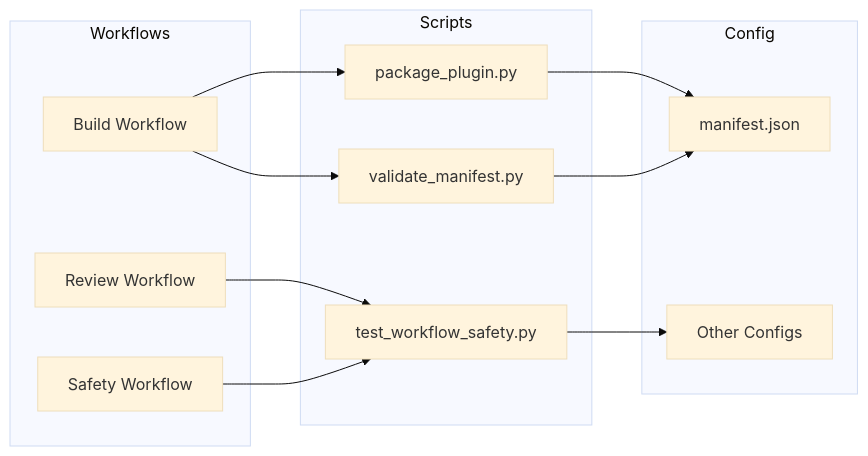
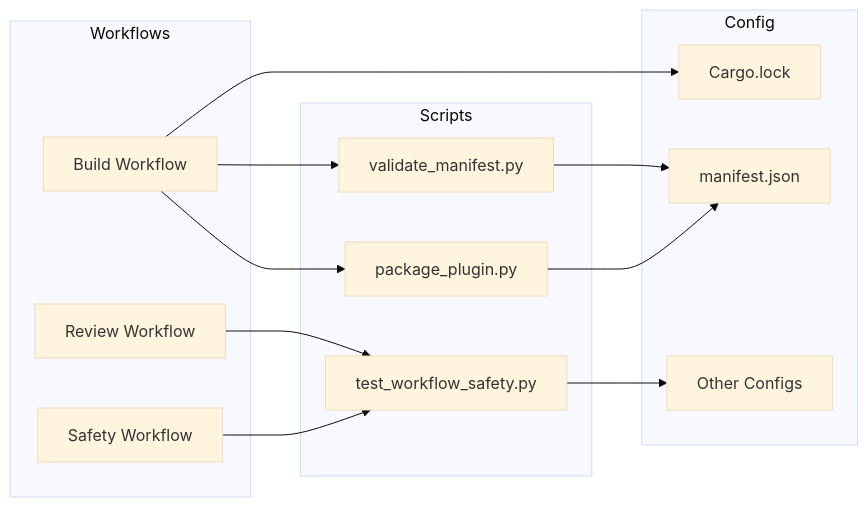
One commit to numan-cli/numan-plugins changed the fifth of 7 diagrams in .qoder/repowiki/en/content/CI_CD Integration.md. Above: the diagram before and after it, drawn with Mermaid (base theme). The commit also changed other lines of this file and 17 other files, not shown here.

````diff
--- a/.qoder/repowiki/en/content/CI_CD Integration.md
+++ b/.qoder/repowiki/en/content/CI_CD Integration.md
@@ -242,24 +251,26 @@
 ```mermaid
 graph LR
 subgraph "Workflows"
 BuildWF[Build Workflow]
 ReviewWF[Review Workflow]
 SafetyWF[Safety Workflow]
 end
 subgraph "Scripts"
 PackageScript[package_plugin.py]
 ValidateScript[validate_manifest.py]
 TestSafetyScript[test_workflow_safety.py]
 end
 subgraph "Config"
 Manifest[manifest.json]
+CargoLock[Cargo.lock]
 ConfigFiles[Other Configs]
 end
 BuildWF --> PackageScript
 BuildWF --> ValidateScript
+BuildWF --> CargoLock
 ReviewWF --> TestSafetyScript
 SafetyWF --> TestSafetyScript
 PackageScript --> Manifest
 ValidateScript --> Manifest
 TestSafetyScript --> ConfigFiles
 ```
````
